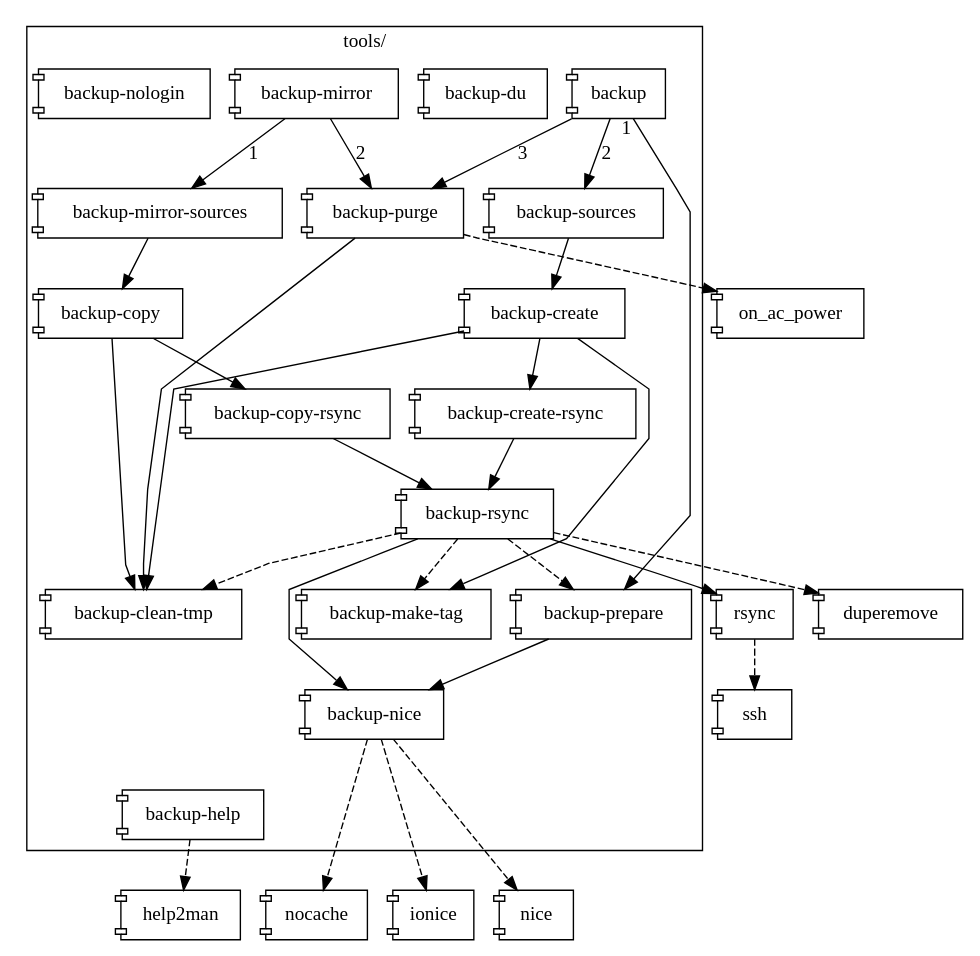
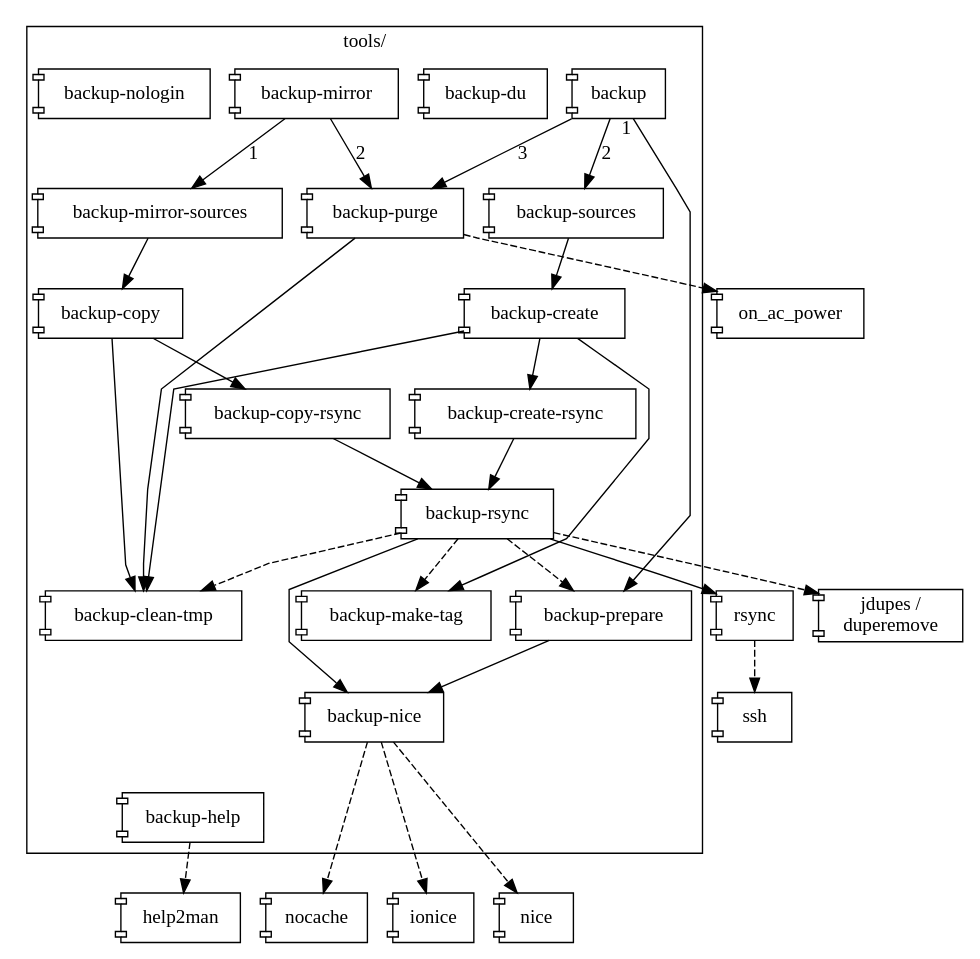
The diagram in tools/doc/backup-all.gv (eehakkin/rsync-backup), drawn with Graphviz before and after one commit. The commit also changed 4 other files, not shown here.

```diff
--- a/tools/doc/backup-all.gv
+++ b/tools/doc/backup-all.gv
@@ -1,39 +1,39 @@
 digraph "rsync-backup" {
 	graph	[ splines = polyline ]
 	node	[ shape = component, target = "_parent" ]
 	subgraph "cluster:tools" {
 		graph	[ label = "tools/" ]
 		node	[ URL = "../#\N" ]
 		"backup"		-> "backup-prepare"		[ taillabel = 1 ]
 		"backup"		-> "backup-sources"		[ label = 2 ]
 		"backup"		-> "backup-purge"		[ label = 3 ]
 		"backup-copy"		-> "backup-clean-tmp"
 		"backup-copy"		-> "backup-copy-rsync"
 		"backup-copy-rsync"	-> "backup-rsync"
 		"backup-create"		-> "backup-clean-tmp"
 		"backup-create"		-> "backup-create-rsync"
 		"backup-create"		-> "backup-make-tag"
 		"backup-create-rsync"	-> "backup-rsync"
 		"backup-du"
 		"backup-mirror"		-> "backup-mirror-sources"	[ label = 1 ]
 		"backup-mirror"		-> "backup-purge"		[ label = 2 ]
 		"backup-mirror-sources"	-> "backup-copy"
 		"backup-nice"		-> "backup-help"		[ style = invis ]
 		"backup-nologin"
 		"backup-prepare"	-> "backup-nice"
 		"backup-purge"		-> "backup-clean-tmp"
 		"backup-rsync"		-> "backup-clean-tmp"		[ style = dashed ]
 		"backup-rsync"		-> "backup-make-tag"		[ style = dashed ]
 		"backup-rsync"		-> "backup-nice"		[ minlen = 2 ]
 		"backup-rsync"		-> "backup-prepare"		[ style = dashed ]
 		"backup-sources"	-> "backup-create"
 	}
-	"backup-help"	-> "help2man"		[ style = dashed ]
-	"backup-nice"	-> "ionice"		[ minlen = 2, style = dashed ]
-	"backup-nice"	-> "nice"		[ minlen = 2, style = dashed ]
-	"backup-nice"	-> "nocache"		[ minlen = 2, style = dashed ]
-	"backup-purge"	-> "on_ac_power"	[ style = dashed ]
+	"backup-help"	-> "help2man"			[ style = dashed ]
+	"backup-nice"	-> "ionice"			[ minlen = 2, style = dashed ]
+	"backup-nice"	-> "nice"			[ minlen = 2, style = dashed ]
+	"backup-nice"	-> "nocache"			[ minlen = 2, style = dashed ]
+	"backup-purge"	-> "on_ac_power"		[ style = dashed ]
 	"backup-rsync"	-> "rsync"
-	"backup-rsync"	-> "duperemove"		[ style = dashed ]
-	"rsync"		-> "ssh"		[ style = dashed ]
+	"backup-rsync"	-> "jdupes /\nduperemove"	[ style = dashed ]
+	"rsync"		-> "ssh"			[ style = dashed ]
 }
```
